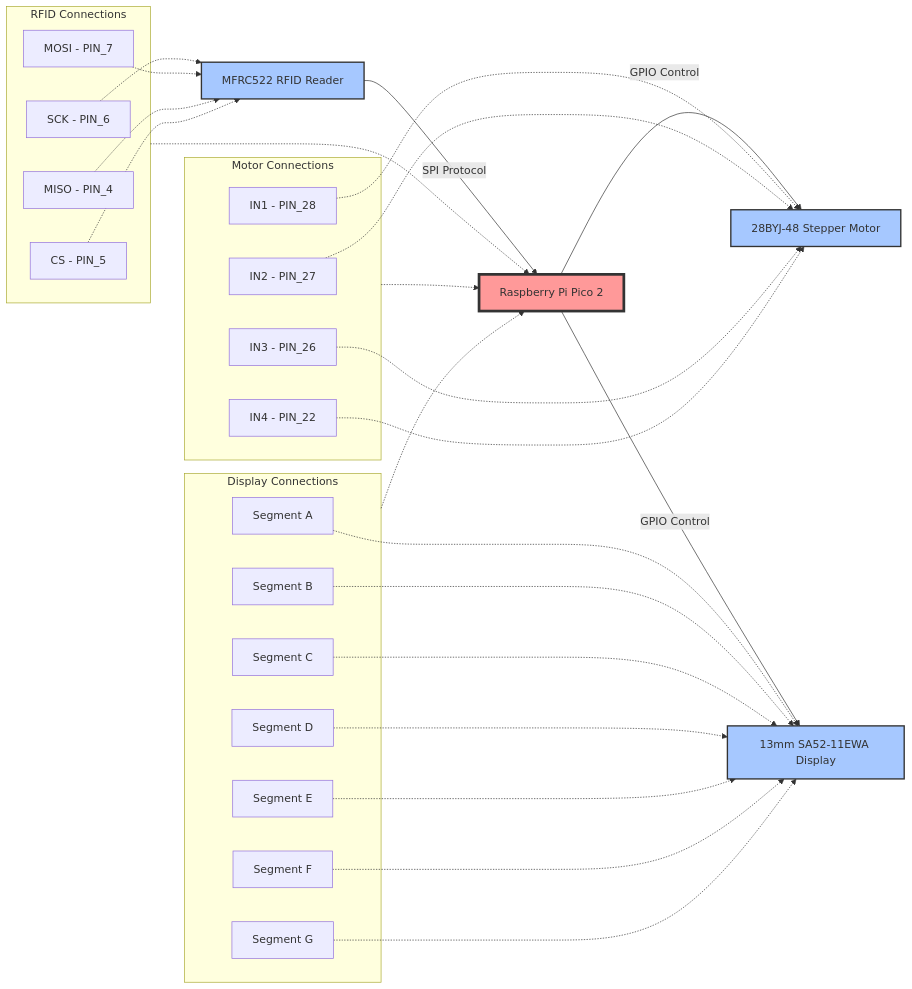
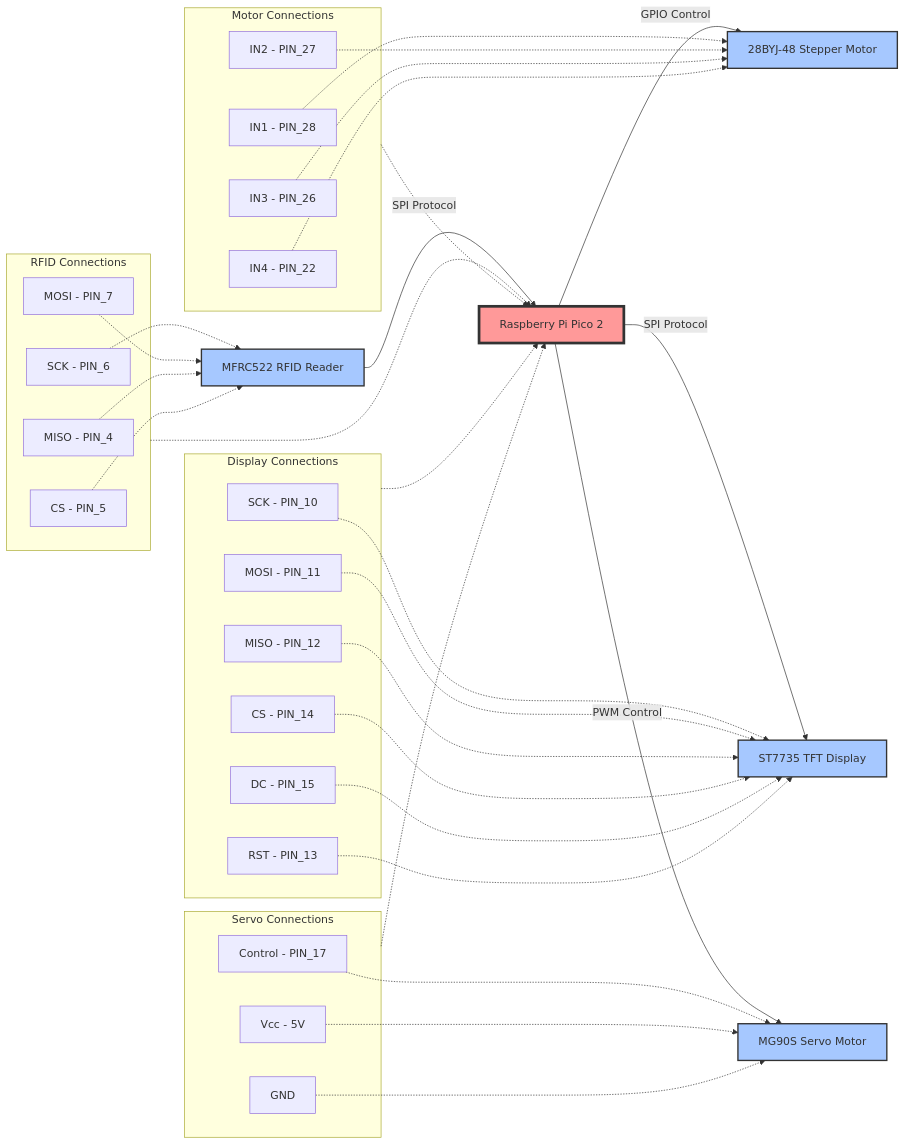
Before and after one commit to UPB-PMRust/website: the diagram in website/versioned_docs/version-acs_cc/project/2025/vicentiu.duta/index.md, drawn with Mermaid. The commit also changed other lines of this file and 1 other file, not shown here.

Commit message:
Updated index.md and schematic.svg with servo and display info

````diff
--- a/website/versioned_docs/version-acs_cc/project/2025/vicentiu.duta/index.md
+++ b/website/versioned_docs/version-acs_cc/project/2025/vicentiu.duta/index.md
@@ -33,53 +41,61 @@
 ```mermaid
-graph LR
-    %% Stilizare
+flowchart LR
+
     classDef central fill:#ff9999,stroke:#333,stroke-width:4px
     classDef peripheral fill:#a6c8ff,stroke:#333,stroke-width:2px
     classDef interface fill:#98d982,stroke:#333,stroke-width:2px
     
-    %% Componenta centrală
     PICO[Raspberry Pi Pico 2]:::central
     
-    %% Module periferice
     RFID[MFRC522 RFID Reader]:::peripheral
     MOTOR[28BYJ-48 Stepper Motor]:::peripheral
-    DISP[13mm SA52-11EWA Display]:::peripheral
+    DISP[ST7735 TFT Display]:::peripheral
+    SERVO[MG90S Servo Motor]:::peripheral
     
-    %% Conexiuni și protocoale
     RFID -- SPI Protocol --> PICO
     PICO -- GPIO Control --> MOTOR
-    PICO -- GPIO Control --> DISP
+    PICO -- SPI Protocol --> DISP
+    PICO -- PWM Control --> SERVO
     
-    %% Detalii conectivitate
-    subgraph RFID_CONN["RFID Connections"]
+    subgraph RFID_CONN[RFID Connections]
         RSCK[SCK - PIN_6]
         RMOSI[MOSI - PIN_7]
         RMISO[MISO - PIN_4]
         RCS[CS - PIN_5]
     end
     
     RSCK & RMOSI & RMISO & RCS -.-> RFID
     
-    subgraph MOTOR_CONN["Motor Connections"]
+    subgraph MOTOR_CONN[Motor Connections]
         M1[IN1 - PIN_28]
         M2[IN2 - PIN_27]
         M3[IN3 - PIN_26]
         M4[IN4 - PIN_22]
     end
     
     M1 & M2 & M3 & M4 -.-> MOTOR
     
-    subgraph DISP_CONN["Display Connections"]
-        DA[Segment A]
-        DB[Segment B]
-        DC[Segment C]
-        DD[Segment D]
-        DE[Segment E]
-        DF[Segment F]
-        DG[Segment G]
+    subgraph DISP_CONN[Display Connections]
+        DSCK[SCK - PIN_10]
+        DMOSI[MOSI - PIN_11]
+        DMISO[MISO - PIN_12]
+        DCS[CS - PIN_14]
+        DDC[DC - PIN_15]
+        DRST[RST - PIN_13]
     end
     
-    DA & DB & DC & DD & DE & DF & DG -.-> DISP
+    DSCK & DMOSI & DMISO & DCS & DDC & DRST -.-> DISP
     
-    RFID_CONN & MOTOR_CONN & DISP_CONN -.-> PICO
+    subgraph SERVO_CONN[Servo Connections]
+        SCTL[Control - PIN_17]
+        SVcc[Vcc - 5V]
+        SGND[GND]
+    end
+    
+    SCTL & SVcc & SGND -.-> SERVO
+    
+    RFID_CONN -.-> PICO
+    MOTOR_CONN -.-> PICO
+    DISP_CONN -.-> PICO
+    SERVO_CONN -.-> PICO
 ```
````
